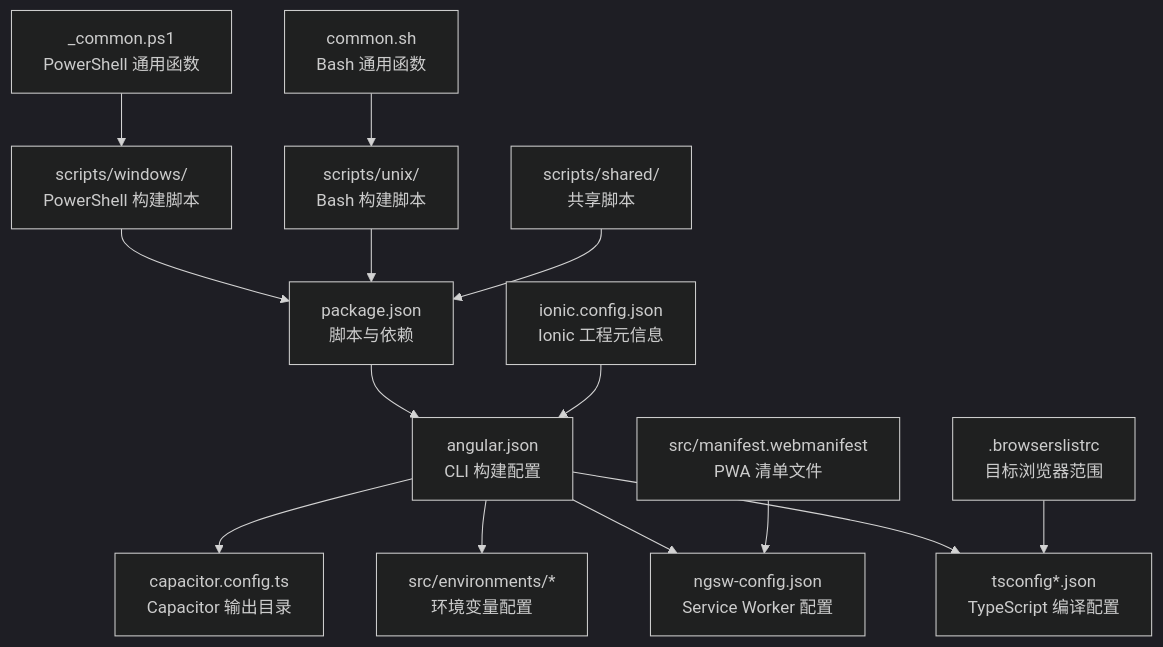
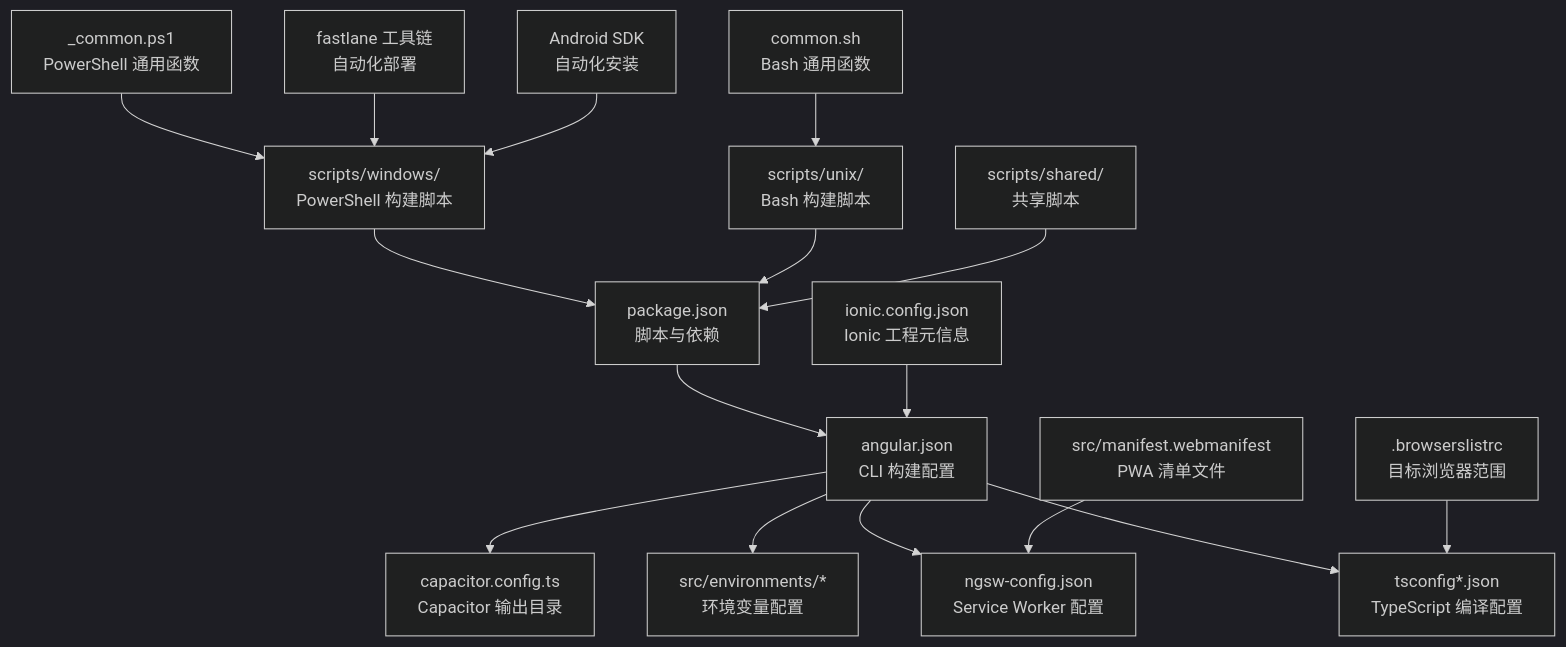
Before and after one commit to tea4go/Macro-Deck-Client-App: the first of 4 diagrams in .qoder/repowiki/zh/content/构建与部署/构建配置.md, drawn with Mermaid (dark theme). The commit also changed other lines of this file and 15 other files, not shown here.

````diff
--- a/.qoder/repowiki/zh/content/构建与部署/构建配置.md
+++ b/.qoder/repowiki/zh/content/构建与部署/构建配置.md
@@ -66,16 +60,18 @@
 ```mermaid
 graph TB
 A["angular.json<br/>CLI 构建配置"] --> B["tsconfig*.json<br/>TypeScript 编译配置"]
 A --> C["ngsw-config.json<br/>Service Worker 配置"]
 A --> D["src/environments/*<br/>环境变量配置"]
 A --> E["capacitor.config.ts<br/>Capacitor 输出目录"]
 F["package.json<br/>脚本与依赖"] --> A
 G[".browserslistrc<br/>目标浏览器范围"] --> B
 H["ionic.config.json<br/>Ionic 工程元信息"] --> A
 I["src/manifest.webmanifest<br/>PWA 清单文件"] --> C
 J["scripts/windows/<br/>PowerShell 构建脚本"] --> F
 K["scripts/unix/<br/>Bash 构建脚本"] --> F
 L["scripts/shared/<br/>共享脚本"] --> F
 M["_common.ps1<br/>PowerShell 通用函数"] --> J
 N["common.sh<br/>Bash 通用函数"] --> K
+O["fastlane 工具链<br/>自动化部署"] --> J
+P["Android SDK<br/>自动化安装"] --> J
 ```
````
